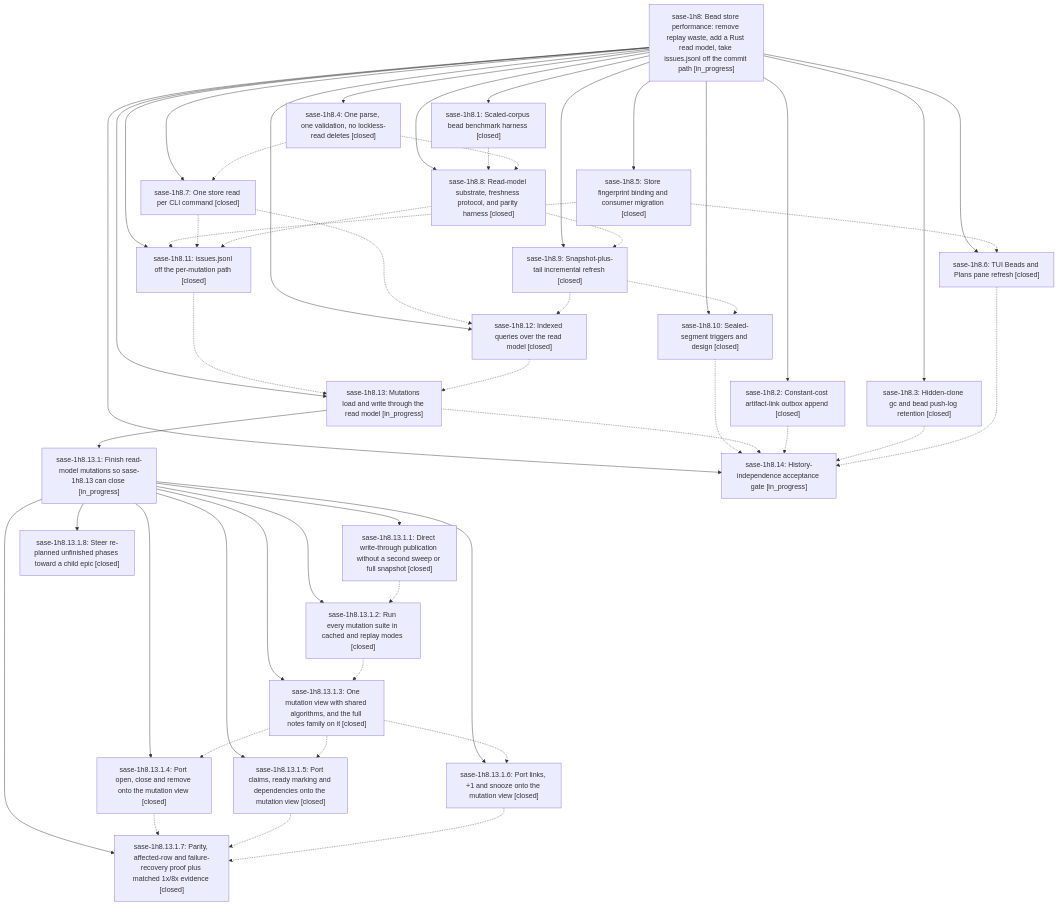
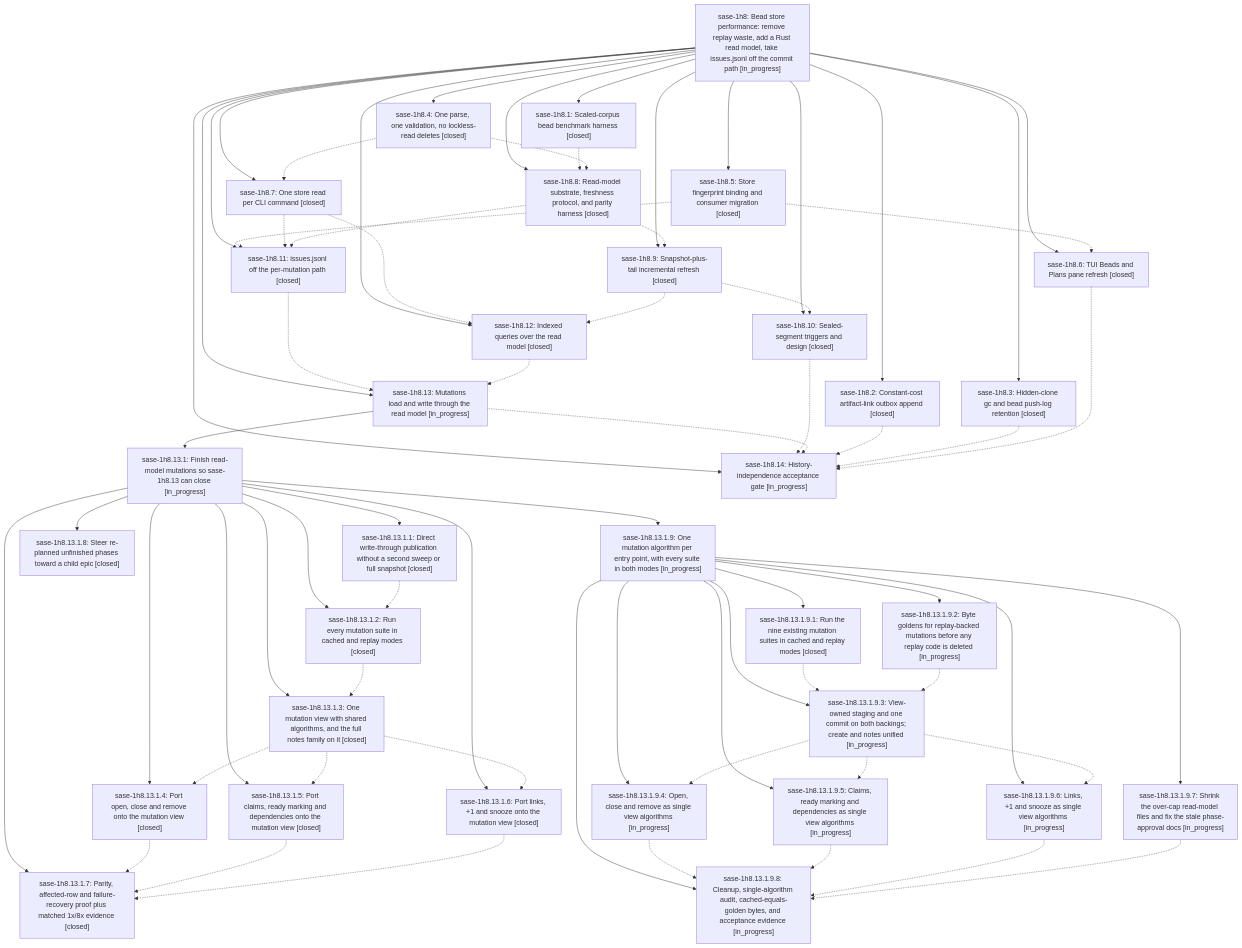
One commit to sase-org/sase--beads changed the diagram in pages/sase-1h8/README.md. Above: the diagram before and after it, drawn with Mermaid. The commit also changed other lines of this file and 16 other files, not shown here.

First line of the commit message:
chore(beads): sync bead state and pages for sase-1h8

````diff
--- a/pages/sase-1h8/README.md
+++ b/pages/sase-1h8/README.md
@@ -75,15 +77,24 @@
     n12["sase-1h8.13.1.6: Port links, +1 and snooze onto the mutation view [closed]"]
     n13["sase-1h8.13.1.7: Parity, affected-row and failure-recovery proof plus matched 1x/8x evidence [closed]"]
     n14["sase-1h8.13.1.8: Steer re-planned unfinished phases toward a child epic [closed]"]
-    n15["sase-1h8.14: History-independence acceptance gate [in_progress]"]
-    n16["sase-1h8.2: Constant-cost artifact-link outbox append [closed]"]
-    n17["sase-1h8.3: Hidden-clone gc and bead push-log retention [closed]"]
-    n18["sase-1h8.4: One parse, one validation, no lockless-read deletes [closed]"]
-    n19["sase-1h8.5: Store fingerprint binding and consumer migration [closed]"]
-    n20["sase-1h8.6: TUI Beads and Plans pane refresh [closed]"]
-    n21["sase-1h8.7: One store read per CLI command [closed]"]
-    n22["sase-1h8.8: Read-model substrate, freshness protocol, and parity harness [closed]"]
-    n23["sase-1h8.9: Snapshot-plus-tail incremental refresh [closed]"]
+    n15["sase-1h8.13.1.9: One mutation algorithm per entry point, with every suite in both modes [in_progress]"]
+    n16["sase-1h8.13.1.9.1: Run the nine existing mutation suites in cached and replay modes [closed]"]
+    n17["sase-1h8.13.1.9.2: Byte goldens for replay-backed mutations before any replay code is deleted [in_progress]"]
+    n18["sase-1h8.13.1.9.3: View-owned staging and one commit on both backings; create and notes unified [in_progress]"]
+    n19["sase-1h8.13.1.9.4: Open, close and remove as single view algorithms [in_progress]"]
+    n20["sase-1h8.13.1.9.5: Claims, ready marking and dependencies as single view algorithms [in_progress]"]
+    n21["sase-1h8.13.1.9.6: Links, +1 and snooze as single view algorithms [in_progress]"]
+    n22["sase-1h8.13.1.9.7: Shrink the over-cap read-model files and fix the stale phase-approval docs [in_progress]"]
+    n23["sase-1h8.13.1.9.8: Cleanup, single-algorithm audit, cached-equals-golden bytes, and acceptance evidence [in_progress]"]
+    n24["sase-1h8.14: History-independence acceptance gate [in_progress]"]
+    n25["sase-1h8.2: Constant-cost artifact-link outbox append [closed]"]
+    n26["sase-1h8.3: Hidden-clone gc and bead push-log retention [closed]"]
+    n27["sase-1h8.4: One parse, one validation, no lockless-read deletes [closed]"]
+    n28["sase-1h8.5: Store fingerprint binding and consumer migration [closed]"]
+    n29["sase-1h8.6: TUI Beads and Plans pane refresh [closed]"]
+    n30["sase-1h8.7: One store read per CLI command [closed]"]
+    n31["sase-1h8.8: Read-model substrate, freshness protocol, and parity harness [closed]"]
+    n32["sase-1h8.9: Snapshot-plus-tail incremental refresh [closed]"]
     n0 --> n1
     n0 --> n2
     n0 --> n3
@@ -98,20 +109,29 @@
     n6 --> n12
     n6 --> n13
     n6 --> n14
-    n0 --> n15
-    n0 --> n16
-    n0 --> n17
-    n0 --> n18
-    n0 --> n19
-    n0 --> n20
-    n0 --> n21
-    n0 --> n22
-    n0 --> n23
-    n1 -.-> n22
-    n2 -.-> n15
+    n6 --> n15
+    n15 --> n16
+    n15 --> n17
+    n15 --> n18
+    n15 --> n19
+    n15 --> n20
+    n15 --> n21
+    n15 --> n22
+    n15 --> n23
+    n0 --> n24
+    n0 --> n25
+    n0 --> n26
+    n0 --> n27
+    n0 --> n28
+    n0 --> n29
+    n0 --> n30
+    n0 --> n31
+    n0 --> n32
+    n1 -.-> n31
+    n2 -.-> n24
     n3 -.-> n5
     n4 -.-> n5
-    n5 -.-> n15
+    n5 -.-> n24
     n7 -.-> n8
     n8 -.-> n9
     n9 -.-> n10
@@ -120,17 +140,26 @@
     n10 -.-> n13
     n11 -.-> n13
     n12 -.-> n13
-    n16 -.-> n15
-    n17 -.-> n15
+    n16 -.-> n18
+    n17 -.-> n18
+    n18 -.-> n19
+    n18 -.-> n20
     n18 -.-> n21
-    n18 -.-> n22
-    n19 -.-> n3
-    n19 -.-> n20
-    n20 -.-> n15
-    n21 -.-> n3
-    n21 -.-> n4
-    n22 -.-> n3
+    n19 -.-> n23
+    n20 -.-> n23
+    n21 -.-> n23
     n22 -.-> n23
-    n23 -.-> n2
-    n23 -.-> n4
+    n25 -.-> n24
+    n26 -.-> n24
+    n27 -.-> n30
+    n27 -.-> n31
+    n28 -.-> n3
+    n28 -.-> n29
+    n29 -.-> n24
+    n30 -.-> n3
+    n30 -.-> n4
+    n31 -.-> n3
+    n31 -.-> n32
+    n32 -.-> n2
+    n32 -.-> n4
 ```
````
